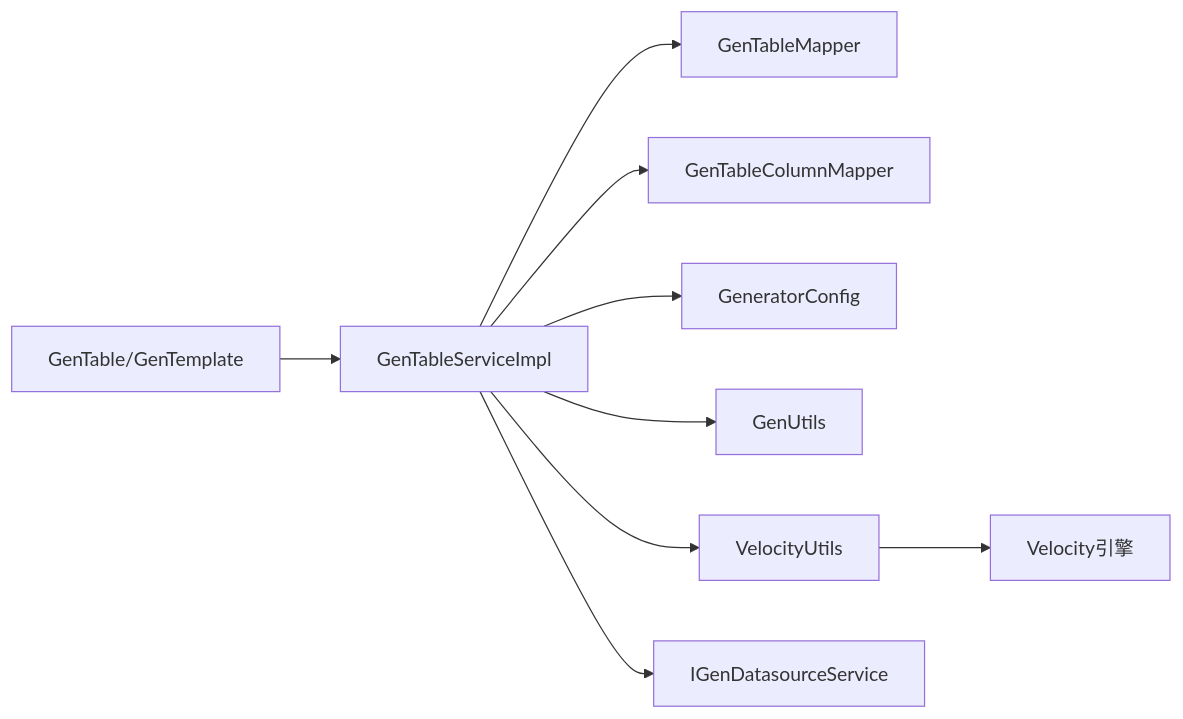
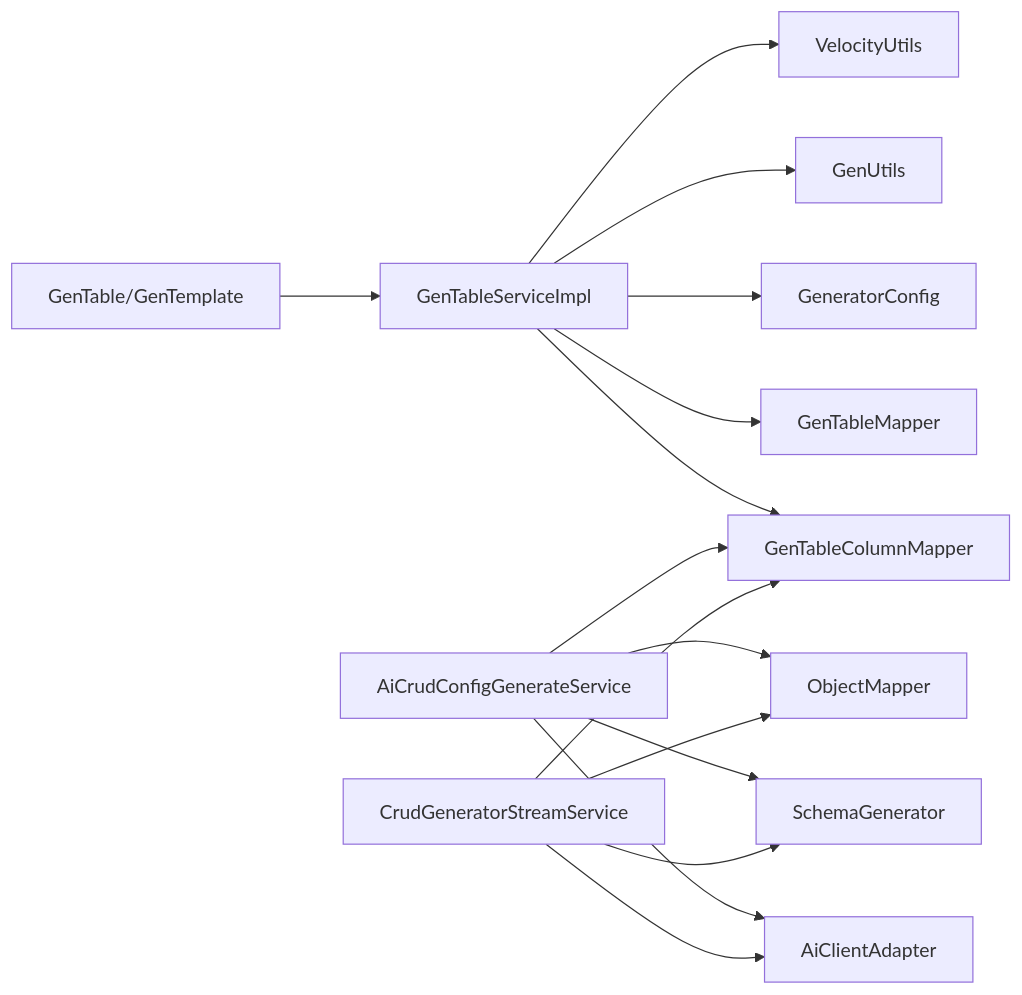
The tenth of 10 diagrams in .qoder/repowiki/zh/content/核心功能模块/代码生成器/代码生成器.md (yaomindong1996/forge-admin), drawn with Mermaid before and after one commit. The commit also changed other lines of this file and 56 other files, not shown here.

````diff
--- a/.qoder/repowiki/zh/content/核心功能模块/代码生成器/代码生成器.md
+++ b/.qoder/repowiki/zh/content/核心功能模块/代码生成器/代码生成器.md
@@ -315,11 +630,17 @@
 ```mermaid
 graph LR
 Svc["GenTableServiceImpl"] --> MapperT["GenTableMapper"]
 Svc --> MapperC["GenTableColumnMapper"]
 Svc --> Cfg["GeneratorConfig"]
 Svc --> Utils["GenUtils"]
 Svc --> Vel["VelocityUtils"]
-Vel --> VM["Velocity引擎"]
-Svc --> DS["IGenDatasourceService"]
+AI["AiCrudConfigGenerateService"] --> AIAdapter["AiClientAdapter"]
+AI --> SchemaGen["SchemaGenerator"]
+AI --> MapperC
+AI --> ObjectMapper["ObjectMapper"]
+Stream["CrudGeneratorStreamService"] --> AIAdapter
+Stream --> MapperC
+Stream --> SchemaGen
+Stream --> ObjectMapper
 Model["GenTable/GenTemplate"] --> Svc
 ```
````
